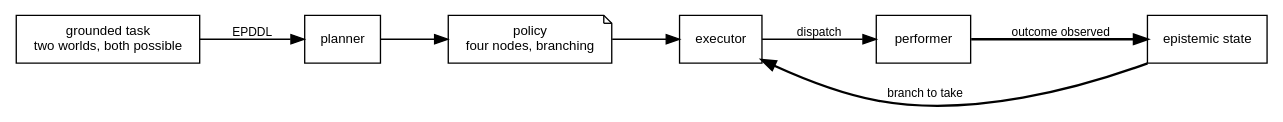
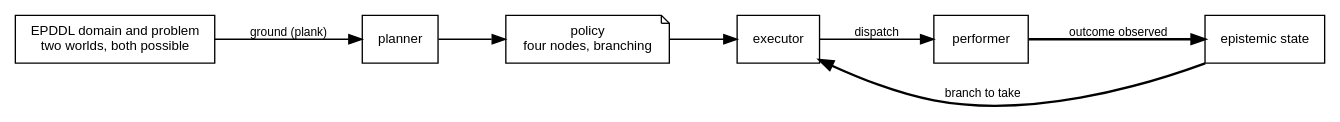
The diagram in eplansys_docs/demos/corridor.rst (ePlanSys/eplansys), drawn with Graphviz before and after one commit. The commit also changed other lines of this file and 16 other files, not shown here.

Commit message:
Ground EPDDL in the demos, and add a three-agent survey

```diff
--- a/eplansys_docs/demos/corridor.rst
+++ b/eplansys_docs/demos/corridor.rst
@@ -31,26 +33,26 @@
 .. graphviz::
-   :caption: The corridor mission, from a grounded task to a branch taken
+   :caption: The corridor mission, from EPDDL sources to a branch taken
 
    digraph corridor {
      rankdir=LR;
      nodesep=0.5;
      ranksep=0.7;
      node [shape=box, fontname="sans-serif", fontsize=10, margin="0.14,0.10"];
      edge [fontname="sans-serif", fontsize=9];
 
-     task      [label="grounded task\ntwo worlds, both possible"];
+     task      [label="EPDDL domain and problem\ntwo worlds, both possible"];
      planner   [label="planner"];
      policy    [label="policy\nfour nodes, branching", shape=note];
      executor  [label="executor"];
      performer [label="performer"];
      state     [label="epistemic state"];
 
-     task      -> planner   [label="EPDDL"];
+     task      -> planner   [label="ground (plank)"];
      planner   -> policy;
      policy    -> executor;
      executor  -> performer [label="dispatch"];
 
      performer -> state     [label="  outcome observed", penwidth=1.8];
      state     -> executor  [label="  branch to take", penwidth=1.8,
                              constraint=false];
    }
```
